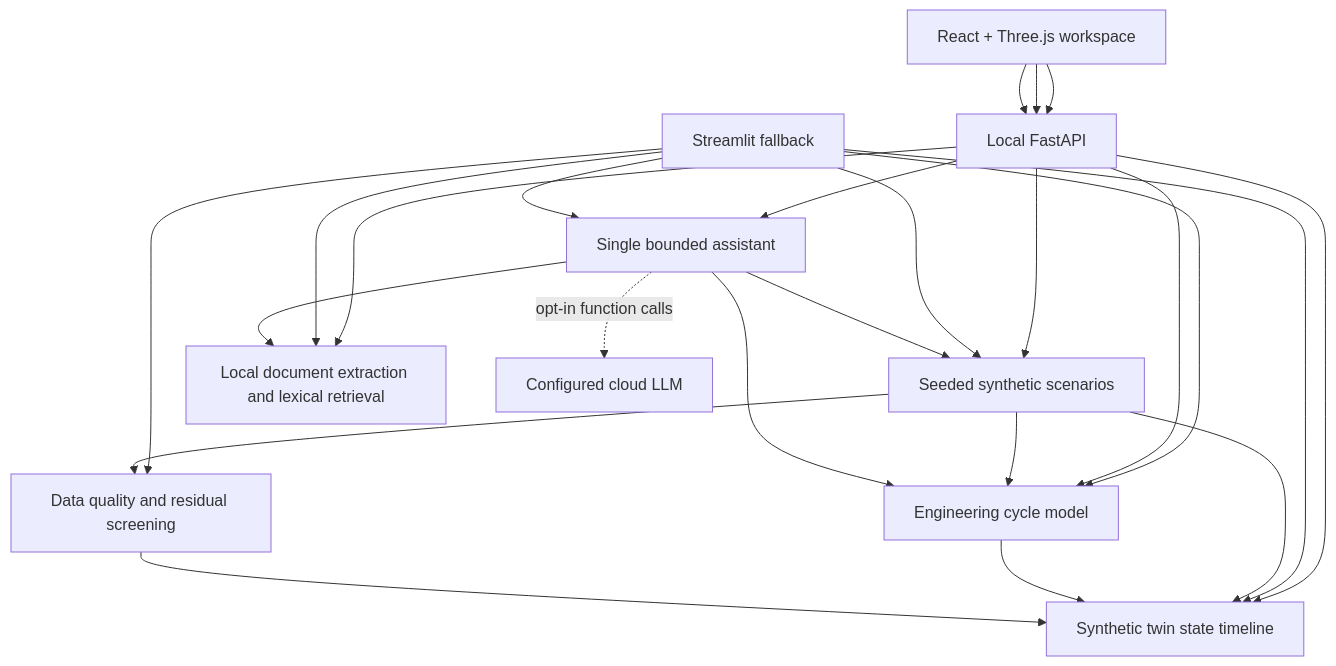
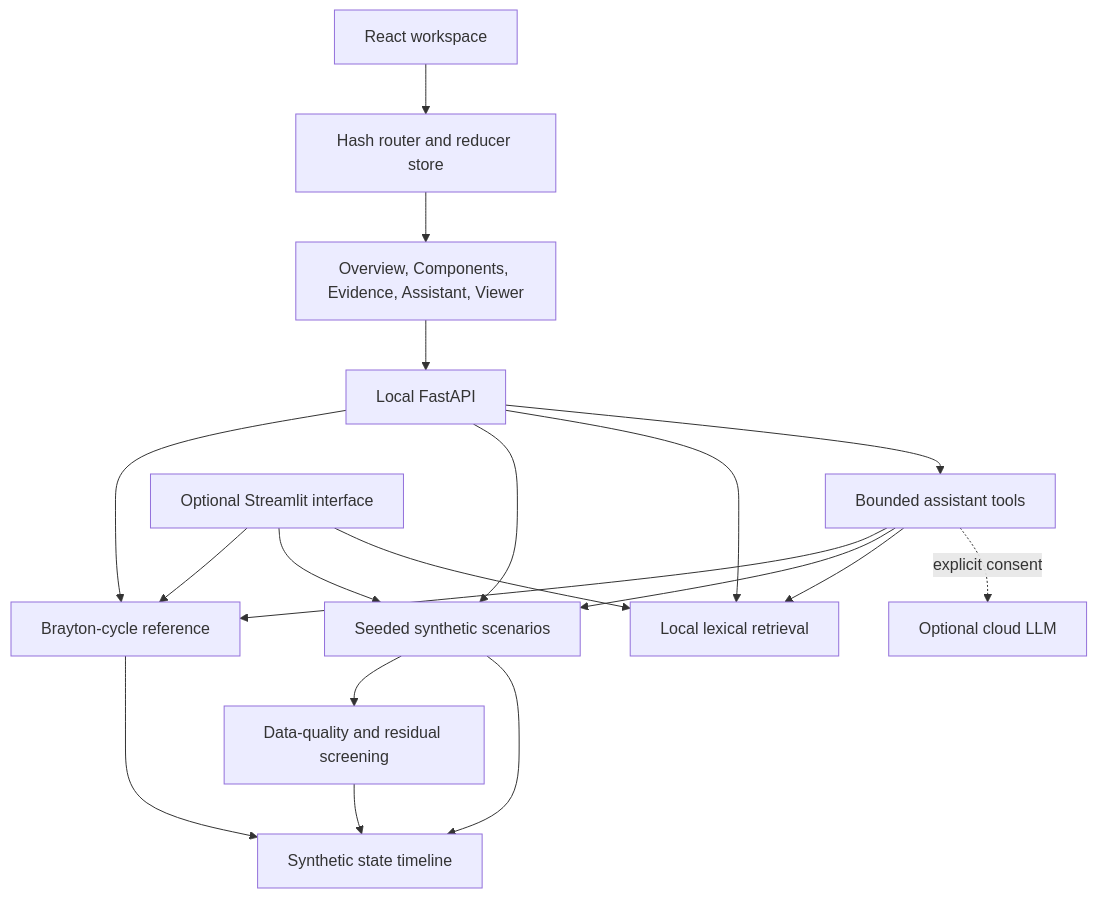
Before and after one commit to AnisX10/TurbineIQ: the diagram in docs/ARCHITECTURE.md, drawn with Mermaid. The commit also changed other lines of this file and 66 other files, not shown here.

````diff
--- a/docs/ARCHITECTURE.md
+++ b/docs/ARCHITECTURE.md
@@ -7,26 +7,21 @@
 ```mermaid
 flowchart TD
-    WEB[React + Three.js workspace] --> API[Local FastAPI]
-    UI[Streamlit fallback] --> ENG[Engineering cycle model]
-    API --> ENG
-    WEB --> API
+    WEB[React workspace] --> ROUTER[Hash router and reducer store]
+    ROUTER --> FEATURES[Overview, Components, Evidence, Assistant, Viewer]
+    FEATURES --> API[Local FastAPI]
+    API --> ENG[Brayton-cycle reference]
     API --> SYN[Seeded synthetic scenarios]
-    UI --> SYN
-    SYN --> ENG
-    UI --> ANA[Data quality and residual screening]
-    SYN --> ANA
-    API --> TWIN[Synthetic twin state timeline]
-    UI --> TWIN
+    SYN --> ANA[Data-quality and residual screening]
+    ENG --> TWIN[Synthetic state timeline]
     SYN --> TWIN
-    ENG --> TWIN
     ANA --> TWIN
-    API --> RAG[Local document extraction and lexical retrieval]
-    WEB --> API
-    UI --> RAG
-    API --> AG[Single bounded assistant]
-    UI --> AG
+    API --> RAG[Local lexical retrieval]
+    API --> AG[Bounded assistant tools]
     AG --> ENG
     AG --> SYN
     AG --> RAG
-    AG -. opt-in function calls .-> CLOUD[Configured cloud LLM]
+    AG -. explicit consent .-> CLOUD[Optional cloud LLM]
+    STREAMLIT[Optional Streamlit interface] --> ENG
+    STREAMLIT --> SYN
+    STREAMLIT --> RAG
 ```
````
